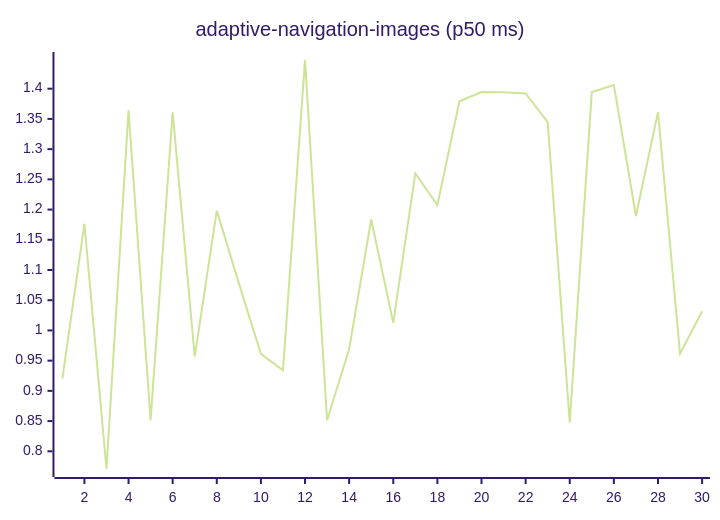
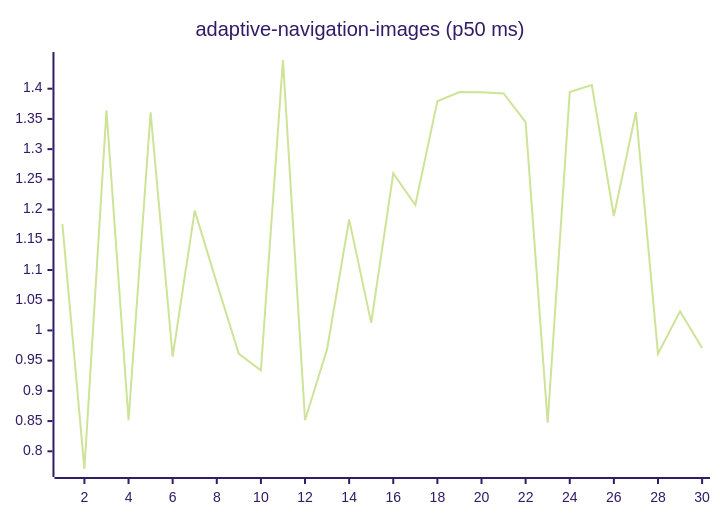
Before and after one commit to josha/Facet: the first of 27 diagrams in README.md, drawn with Mermaid (forest theme). The commit also changed other lines of this file and 2 other files, not shown here.

````diff
--- a/README.md
+++ b/README.md
@@ -63,6 +63,6 @@
 ```mermaid
 xychart-beta
     title "adaptive-navigation-images (p50 ms)"
     x-axis 1 --> 30
-    line [0.9201, 1.1763, 0.7707, 1.3642, 0.8516, 1.3610, 0.9567, 1.1983, 1.0783, 0.9612, 0.9339, 1.4475, 0.8514, 0.9690, 1.1835, 1.0125, 1.2600, 1.2076, 1.3793, 1.3944, 1.3942, 1.3921, 1.3447, 0.8475, 1.3944, 1.4060, 1.1893, 1.3612, 0.9615, 1.0317]
+    line [1.1763, 0.7707, 1.3642, 0.8516, 1.3610, 0.9567, 1.1983, 1.0783, 0.9612, 0.9339, 1.4475, 0.8514, 0.9690, 1.1835, 1.0125, 1.2600, 1.2076, 1.3793, 1.3944, 1.3942, 1.3921, 1.3447, 0.8475, 1.3944, 1.4060, 1.1893, 1.3612, 0.9615, 1.0317, 0.9711]
 ```
````
